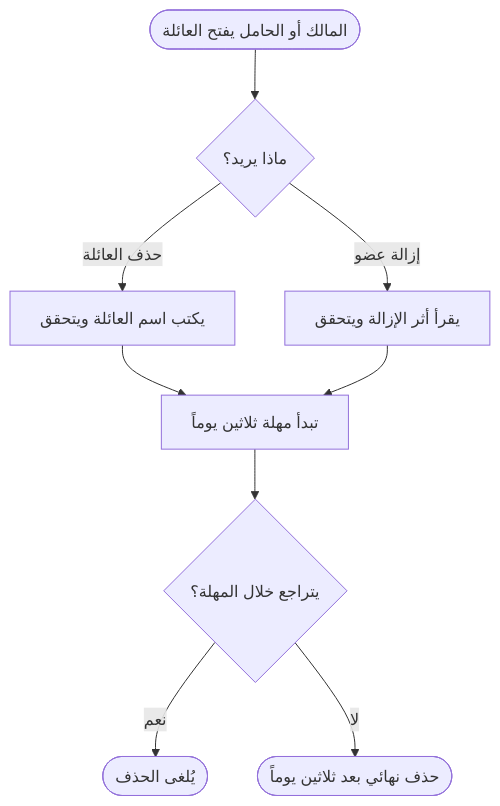
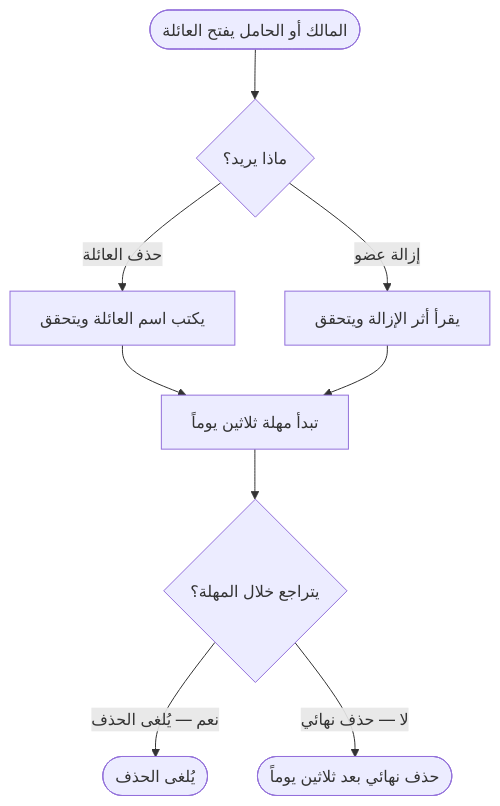
One commit to Bassam-mohammed-alqaeadi/family-os-v2 changed diagram 23 of 40 in docs/family-os/governance/phases/phase-1/S1-03-family-roles-and-permissions/DIAGRAMS.md. Above: the diagram before and after it, drawn with Mermaid. The commit also changed other lines of this file, not shown here.

Commit message:
إصلاح S1-03 (فحص GitHub بعد الشكل 2) — §4-د/4-هـ/4-و و§6: توسيع تسميات «نعم/لا» + فروع «لا» في 6-هـ وتقسيمها إلى لوحتين

````diff
--- a/docs/family-os/governance/phases/phase-1/S1-03-family-roles-and-permissions/DIAGRAMS.md
+++ b/docs/family-os/governance/phases/phase-1/S1-03-family-roles-and-permissions/DIAGRAMS.md
@@ -955,11 +955,11 @@
 ```mermaid
 flowchart TD
     D1([المالك أو الحامل يفتح العائلة]) --> D2{ماذا يريد؟}
     D2 -->|حذف العائلة| D3[يكتب اسم العائلة ويتحقق]
     D2 -->|إزالة عضو| D4[يقرأ أثر الإزالة ويتحقق]
     D3 --> D5[تبدأ مهلة ثلاثين يوماً]
     D4 --> D5
     D5 --> D6{يتراجع خلال المهلة؟}
-    D6 -->|نعم| D7([يُلغى الحذف])
-    D6 -->|لا| D8([حذف نهائي بعد ثلاثين يوماً])
+    D6 -->|نعم — يُلغى الحذف| D7([يُلغى الحذف])
+    D6 -->|لا — حذف نهائي| D8([حذف نهائي بعد ثلاثين يوماً])
 ```
````
